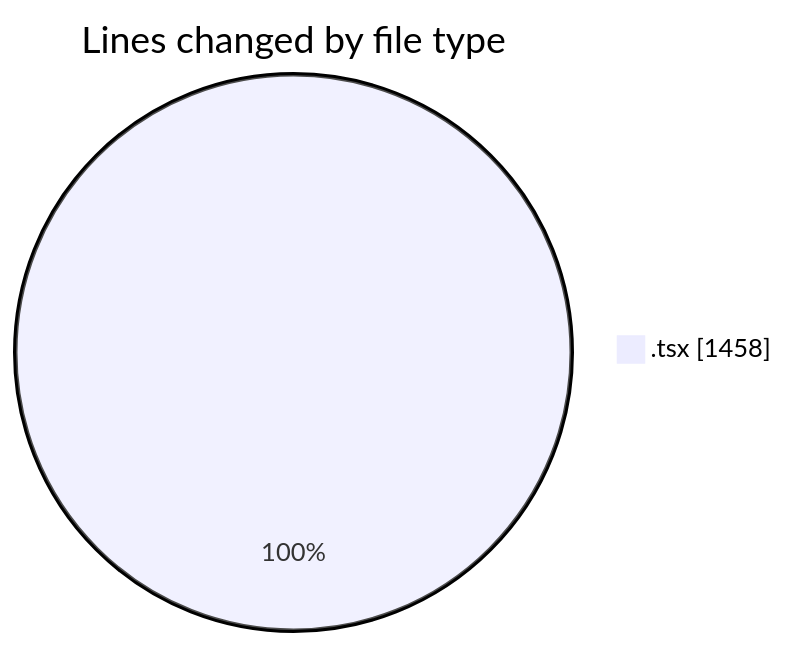
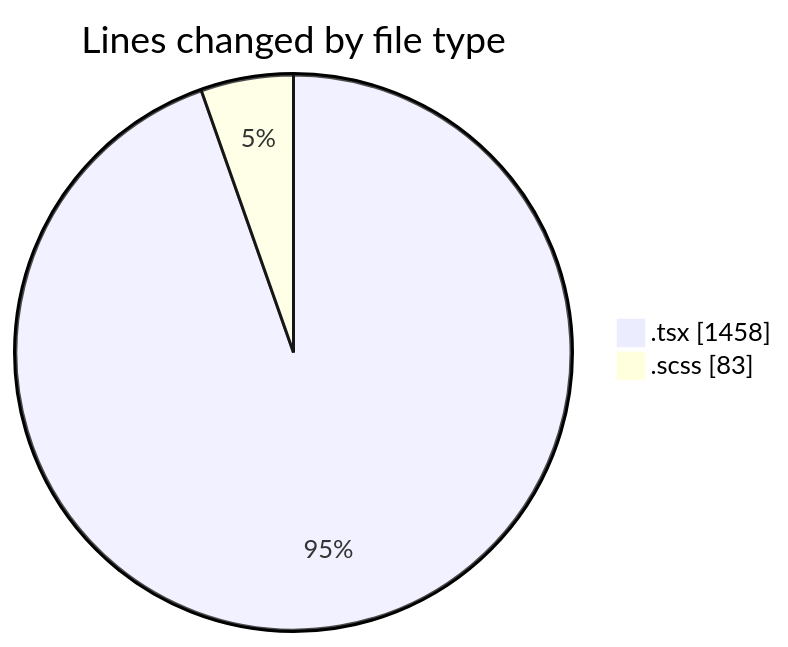
The first of 2 diagrams in 2025-04-07/cda/README.md (momahboobian/code-tracking), drawn with Mermaid before and after one commit. The commit also changed other lines of this file and 1 other file, not shown here.

````diff
--- a/2025-04-07/cda/README.md
+++ b/2025-04-07/cda/README.md
@@ -23,5 +24,6 @@
 ```mermaid
 pie showData
 title Lines changed by file type
 ".tsx" : 1458
+".scss" : 83
 ```
````
